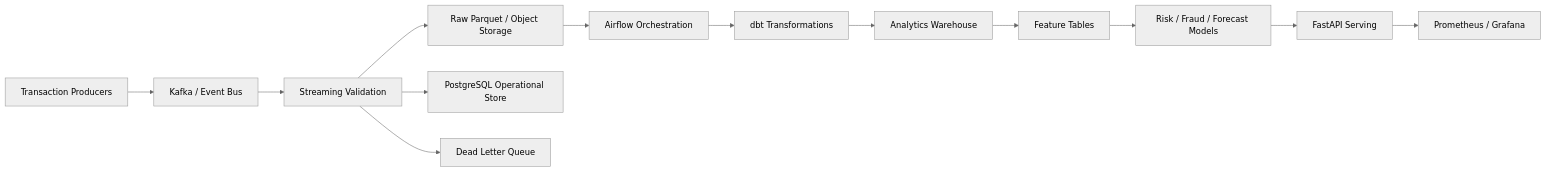
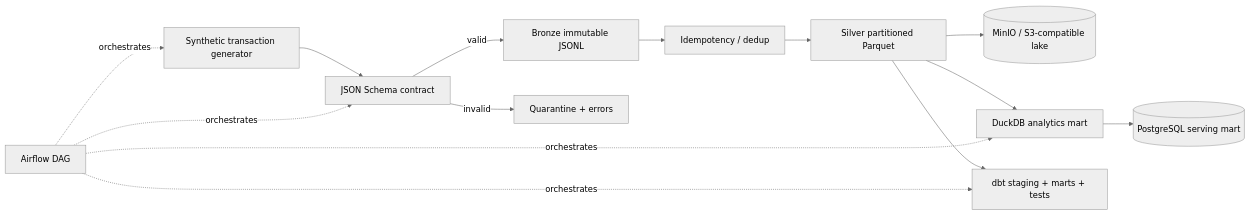
One commit to cagataykavas/fintech-data-platform changed the diagram in README.md. Above: the diagram before and after it, drawn with Mermaid (neutral theme). The commit also changed other lines of this file, not shown here.

````diff
--- a/README.md
+++ b/README.md
@@ -7,15 +9,16 @@
 ```mermaid
 flowchart LR
-    A[Transaction Producers] --> B[Kafka / Event Bus]
-    B --> C[Streaming Validation]
-    C --> D[Raw Parquet / Object Storage]
-    C --> E[PostgreSQL Operational Store]
-    D --> F[Airflow Orchestration]
-    F --> G[dbt Transformations]
-    G --> H[Analytics Warehouse]
-    H --> I[Feature Tables]
-    I --> J[Risk / Fraud / Forecast Models]
-    J --> K[FastAPI Serving]
-    K --> L[Prometheus / Grafana]
-    C --> M[Dead Letter Queue]
+    G[Synthetic transaction generator] --> C[JSON Schema contract]
+    C -->|valid| B[Bronze immutable JSONL]
+    C -->|invalid| Q[Quarantine + errors]
+    B --> D[Idempotency / dedup]
+    D --> S[Silver partitioned Parquet]
+    S --> O[(MinIO / S3-compatible lake)]
+    S --> M[DuckDB analytics mart]
+    S --> DBT[dbt staging + marts + tests]
+    M --> PG[(PostgreSQL serving mart)]
+    A[Airflow DAG] -. orchestrates .-> G
+    A -. orchestrates .-> C
+    A -. orchestrates .-> M
+    A -. orchestrates .-> DBT
 ```
````
